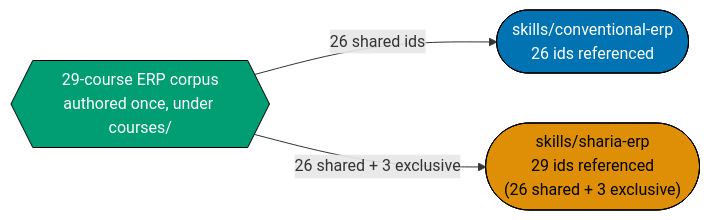
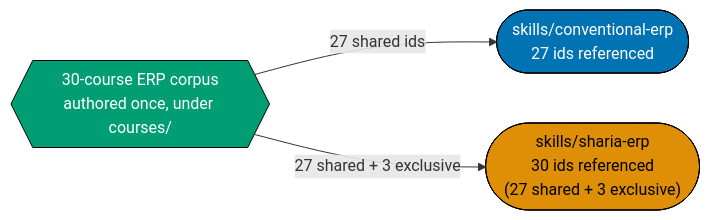
Before and after one commit to wahidyankf/baseerah: the diagram in plans/backlog/ayokoding-learning-path-07-skills-erp/README.md, drawn with Mermaid. The commit also changed other lines of this file and 37 other files, not shown here.

````diff
--- a/plans/backlog/ayokoding-learning-path-07-skills-erp/README.md
+++ b/plans/backlog/ayokoding-learning-path-07-skills-erp/README.md
@@ -17,15 +17,15 @@
 ```mermaid
 %% Both paths over one corpus. Shape encodes role: hexagon = corpus (course bodies, authored once),
 %% stadium = manifest (an ordered reference list, never a copy).
 flowchart LR
-    CORPUS{{"29-course ERP corpus<br/>authored once, under courses/"}}:::corpus
-    CONV(["skills/conventional-erp<br/>26 ids referenced"]):::conv
-    SHAR(["skills/sharia-erp<br/>29 ids referenced<br/>(26 shared + 3 exclusive)"]):::shar
+    CORPUS{{"30-course ERP corpus<br/>authored once, under courses/"}}:::corpus
+    CONV(["skills/conventional-erp<br/>27 ids referenced"]):::conv
+    SHAR(["skills/sharia-erp<br/>30 ids referenced<br/>(27 shared + 3 exclusive)"]):::shar
 
-    CORPUS -->|"26 shared ids"| CONV
-    CORPUS -->|"26 shared + 3 exclusive"| SHAR
+    CORPUS -->|"27 shared ids"| CONV
+    CORPUS -->|"27 shared + 3 exclusive"| SHAR
 
     classDef corpus fill:#029E73,stroke:#000000,color:#FFFFFF
     classDef conv fill:#0173B2,stroke:#000000,color:#FFFFFF
     classDef shar fill:#DE8F05,stroke:#000000,color:#000000
 ```
````
